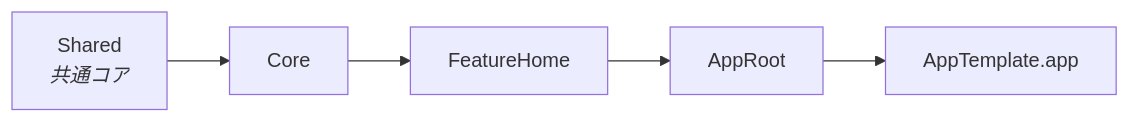
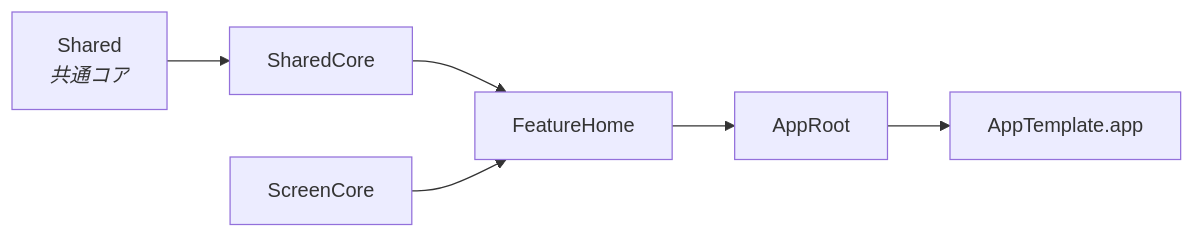
One commit to yossibank/ios-app-template changed the second of 2 diagrams in README.md. Above: the diagram before and after it, drawn with Mermaid. The commit also changed other lines of this file and 1 other file, not shown here.

````diff
--- a/README.md
+++ b/README.md
@@ -21,9 +23,12 @@
 ```mermaid
 flowchart LR
     SHARED["Shared<br/><i>共通コア</i>"]
-    CORE["Core"]
+    SHAREDCORE["SharedCore"]
+    SCREENCORE["ScreenCore"]
     HOME["FeatureHome"]
     ROOT["AppRoot"]
     APP["AppTemplate.app"]
-    SHARED --> CORE --> HOME --> ROOT --> APP
+    SHARED --> SHAREDCORE --> HOME
+    SCREENCORE --> HOME
+    HOME --> ROOT --> APP
 ```
````
